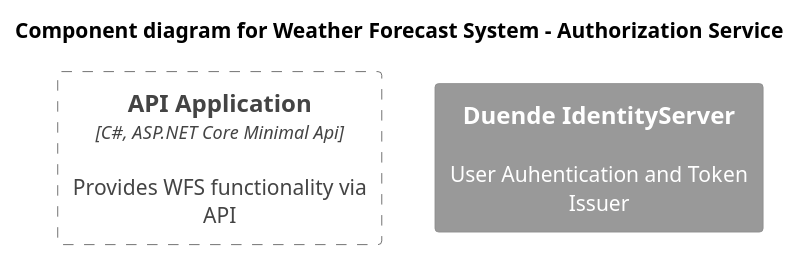
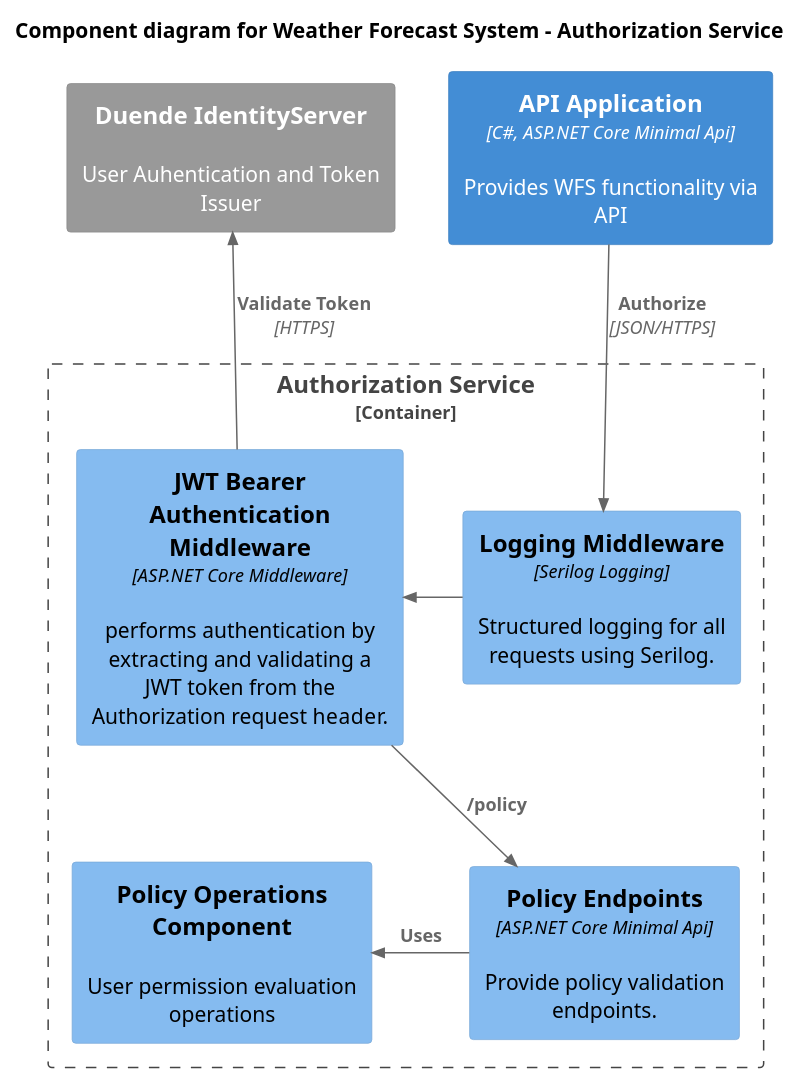
The diagram in architecture/component_authz.puml (salmarsumi/CleanArchitecture), drawn with PlantUML before and after one commit. The commit also changed 6 other files, not shown here.

Commit message:
architectural diagrams

```diff
--- a/architecture/component_authz.puml
+++ b/architecture/component_authz.puml
@@ -1,17 +1,26 @@
 @startuml
 
 !include https://raw.githubusercontent.com/plantuml-stdlib/C4-PlantUML/master/C4_Component.puml
 
 HIDE_STEREOTYPE()
 
 title Component diagram for Weather Forecast System - Authorization Service
 
-Container(api, "API Application", "C#, ASP.NET Core Minimal Api", "Provides WFS functionality via API")
+Container(api_app, "API Application", "C#, ASP.NET Core Minimal Api", "Provides WFS functionality via API")
 
 System_Ext(identity, "Duende IdentityServer", "User Auhentication and Token Issuer")
 
 Container_Boundary(api, "Authorization Service") {
-    
+    Component(log, "Logging Middleware", "Serilog Logging", "Structured logging for all requests using Serilog.")
+    Component(auth, "JWT Bearer Authentication Middleware", "ASP.NET Core Middleware", "performs authentication by extracting and validating a JWT token from the Authorization request header.")
+    Component(policy_ep, "Policy Endpoints", "ASP.NET Core Minimal Api", "Provide policy validation endpoints.")
+    Component(policy_ops, "Policy Operations Component", "", "User permission evaluation operations")
 }
 
+Rel(api_app, log, "Authorize", "JSON/HTTPS")
+Rel_L(log, auth, " ")
+Rel_U(auth, identity, "Validate Token", "HTTPS")
+Rel(auth, policy_ep, "/policy")
+Rel_L(policy_ep, policy_ops, "Uses")
+
 @enduml
```
